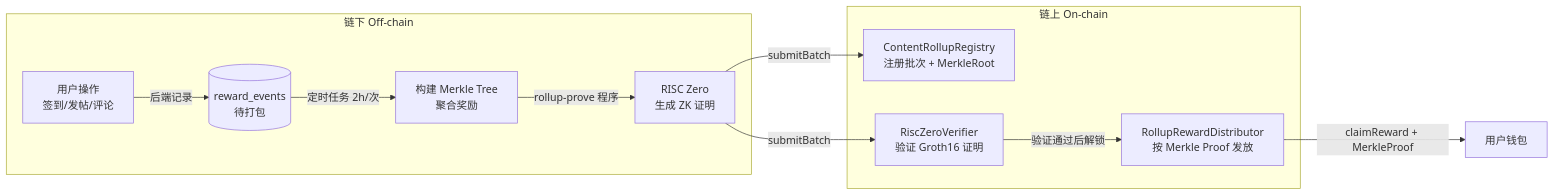
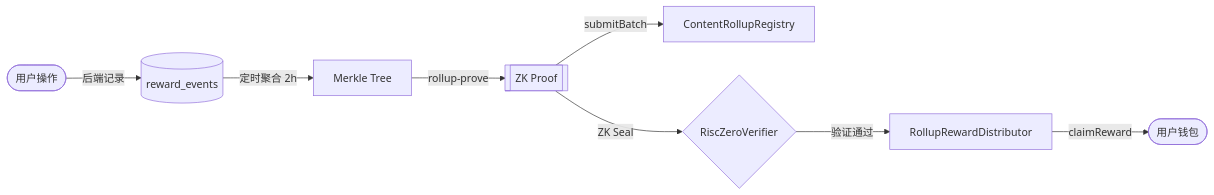
Before and after one commit to zzzzzzzzzzhy/zk_fisco_platform: the first of 2 diagrams in docs/zk-rollup-settlement-blog.md, drawn with Mermaid. The commit also changed other lines of this file and 1 other file, not shown here.

Commit message:
优化 Mermaid 图表：简化节点、去掉换行、统一用 flowchart

````diff
--- a/docs/zk-rollup-settlement-blog.md
+++ b/docs/zk-rollup-settlement-blog.md
@@ -42,18 +42,11 @@
 ```mermaid
-graph LR
-    subgraph 链下 Off-chain
-        A[用户操作\n签到/发帖/评论] -->|后端记录| B[(reward_events\n待打包)]
-        B -->|定时任务 2h/次| C[构建 Merkle Tree\n聚合奖励]
-        C -->|rollup-prove 程序| D[RISC Zero\n生成 ZK 证明]
-    end
+flowchart LR
+    A([用户操作]) -->|后端记录| B[(reward_events)]
+    B -->|定时聚合 2h| C[Merkle Tree]
+    C -->|rollup-prove| D[[ZK Proof]]
 
-    subgraph 链上 On-chain
-        E[ContentRollupRegistry\n注册批次 + MerkleRoot]
-        F[RiscZeroVerifier\n验证 Groth16 证明]
-        G[RollupRewardDistributor\n按 Merkle Proof 发放]
-    end
-
-    D -->|submitBatch| E & F
-    F -->|验证通过后解锁| G
-    G -->|claimReward + MerkleProof| H[用户钱包]
+    D -->|submitBatch| E[ContentRollupRegistry]
+    D -->|ZK Seal| F{RiscZeroVerifier}
+    F -->|验证通过| G[RollupRewardDistributor]
+    G -->|claimReward| H([用户钱包])
 ```
````
